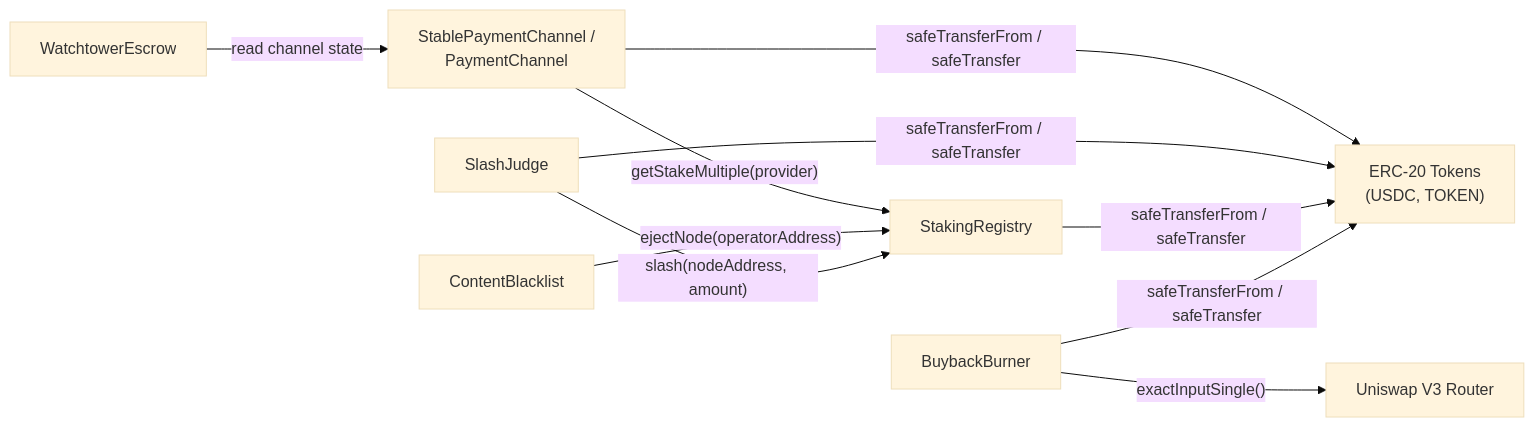
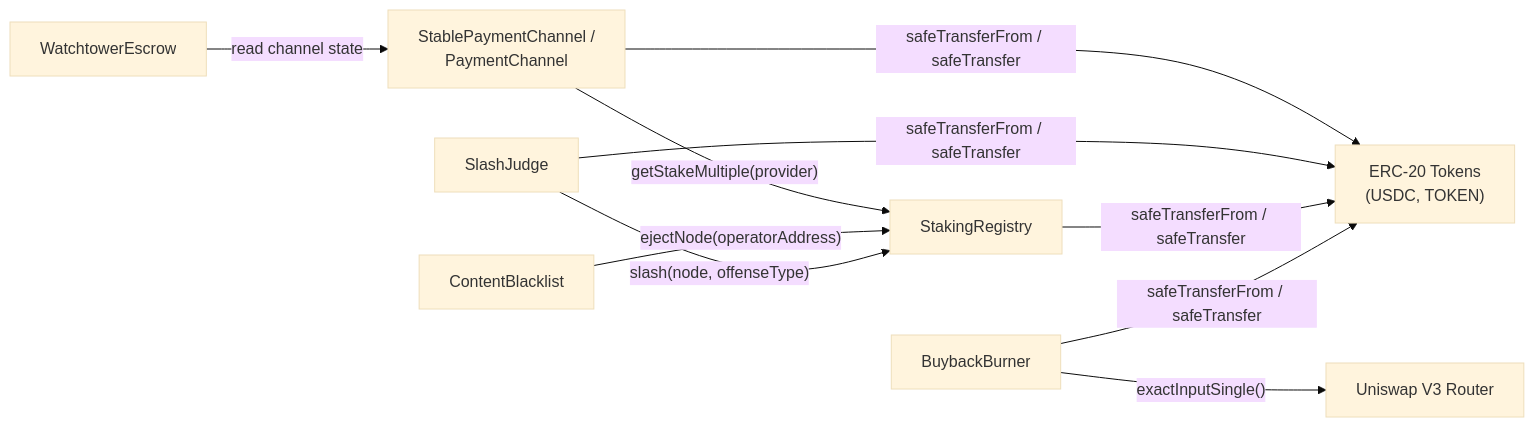
One commit to decdn/decdn changed the second of 4 diagrams in adr/016-contract-interactions.md. Above: the diagram before and after it, drawn with Mermaid (base theme). The commit also changed other lines of this file, not shown here.

First line of the commit message:
docs: address review feedback on ADR 016

````diff
--- a/adr/016-contract-interactions.md
+++ b/adr/016-contract-interactions.md
@@ -103,21 +103,21 @@
 ```mermaid
 graph LR
     SPC["StablePaymentChannel /<br/>PaymentChannel"]
     SR["StakingRegistry"]
     CB["ContentBlacklist"]
     SJ["SlashJudge"]
     BB["BuybackBurner"]
     WE["WatchtowerEscrow"]
     ERC["ERC-20 Tokens<br/>(USDC, TOKEN)"]
     UNI["Uniswap V3 Router"]
 
     SPC -->|"getStakeMultiple(provider)"| SR
     SPC -->|"safeTransferFrom / safeTransfer"| ERC
     CB -->|"ejectNode(operatorAddress)"| SR
-    SJ -->|"slash(nodeAddress, amount)"| SR
+    SJ -->|"slash(node, offenseType)"| SR
     SJ -->|"safeTransferFrom / safeTransfer"| ERC
     SR -->|"safeTransferFrom / safeTransfer"| ERC
     BB -->|"exactInputSingle()"| UNI
     BB -->|"safeTransferFrom / safeTransfer"| ERC
     WE -->|"read channel state"| SPC
 ```
````
